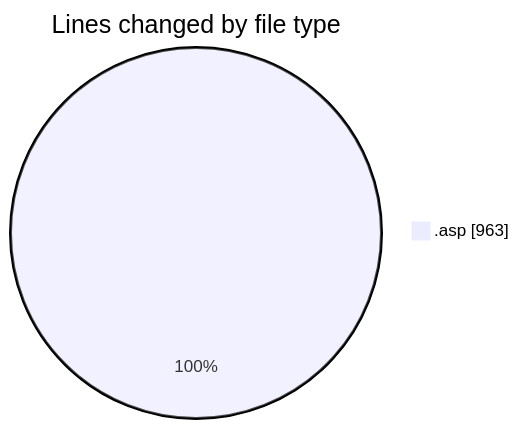
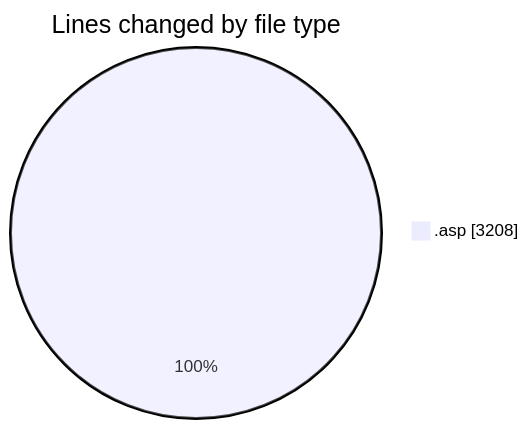
The first of 2 diagrams in 2025-11-10/cdp_aleoudev_fr__workspace_/README.md (julien-gomy/code-tracking), drawn with Mermaid before and after one commit. The commit also changed other lines of this file and 1 other file, not shown here.

````diff
--- a/2025-11-10/cdp_aleoudev_fr__workspace_/README.md
+++ b/2025-11-10/cdp_aleoudev_fr__workspace_/README.md
@@ -22,5 +30,5 @@
 ```mermaid
 pie showData
 title Lines changed by file type
-".asp" : 963
+".asp" : 3208
 ```
````
